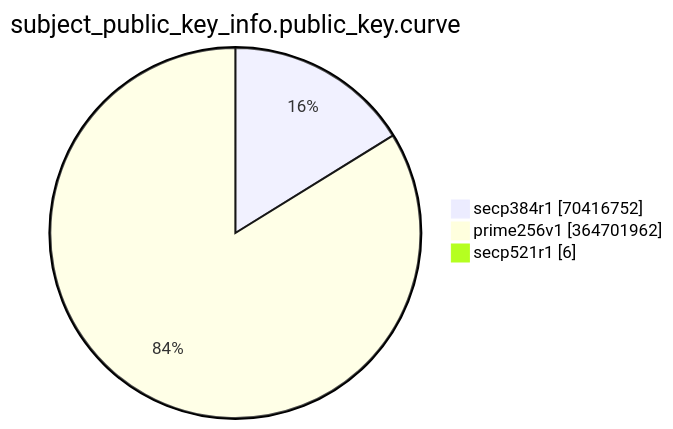
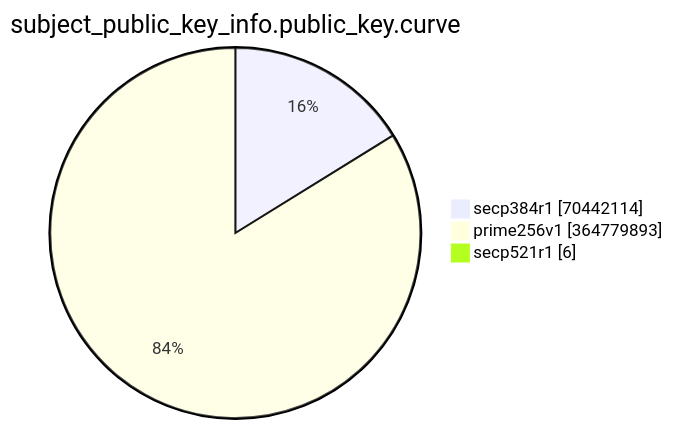
The eighth of 15 diagrams in TOTAL/README.md (christiankrug/ctmonitor_visualization), drawn with Mermaid before and after one commit. The commit also changed other lines of this file, not shown here.

````diff
--- a/TOTAL/README.md
+++ b/TOTAL/README.md
@@ -3091,7 +3092,7 @@
 ```mermaid
 pie showData
 title subject_public_key_info.public_key.curve
-"secp384r1" :70416752
-"prime256v1" :364701962
+"secp384r1" :70442114
+"prime256v1" :364779893
 "secp521r1" :6
 ```
````
